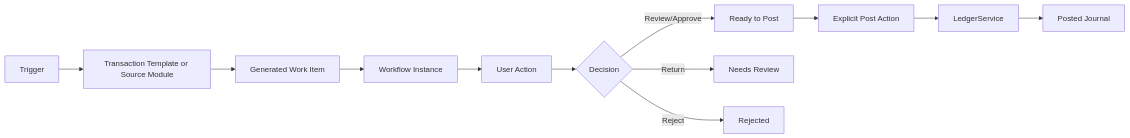
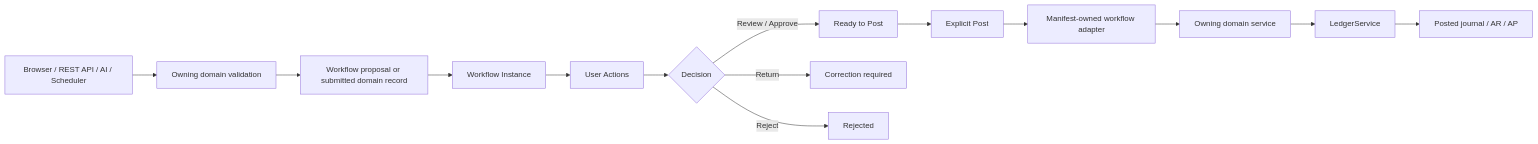
The diagram in docs/WORKFLOW_ENGINE.md (zageabb/LedgerOne), drawn with Mermaid before and after one commit. The commit also changed other lines of this file and 1 other file, not shown here.

Commit message:
Document controlled workflow adapter architecture

````diff
--- a/docs/WORKFLOW_ENGINE.md
+++ b/docs/WORKFLOW_ENGINE.md
@@ -15,14 +15,16 @@
 ```mermaid
 flowchart LR
-    A[Trigger] --> B[Transaction Template or Source Module]
-    B --> C[Generated Work Item]
+    A[Browser / REST API / AI / Scheduler] --> B[Owning domain validation]
+    B --> C[Workflow proposal or submitted domain record]
     C --> D[Workflow Instance]
-    D --> E[User Action]
+    D --> E[User Actions]
     E --> F{Decision}
-    F -->|Review/Approve| G[Ready to Post]
-    F -->|Return| H[Needs Review]
+    F -->|Review / Approve| G[Ready to Post]
+    F -->|Return| H[Correction required]
     F -->|Reject| I[Rejected]
-    G --> J[Explicit Post Action]
-    J --> K[LedgerService]
-    K --> L[Posted Journal]
+    G --> J[Explicit Post]
+    J --> K[Manifest-owned workflow adapter]
+    K --> L[Owning domain service]
+    L --> M[LedgerService]
+    M --> N[Posted journal / AR / AP]
 ```
````
